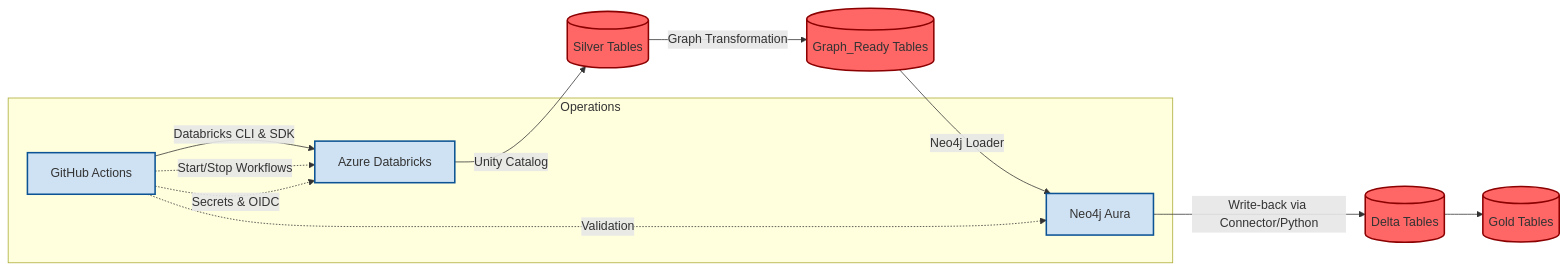
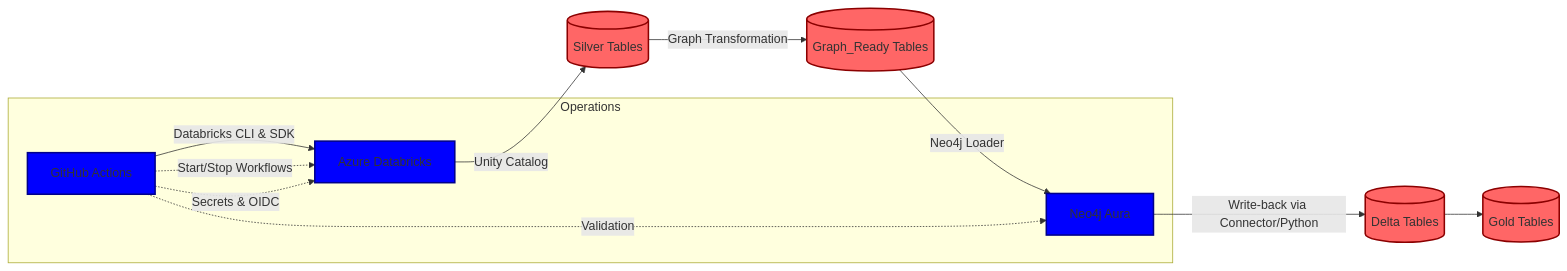
One commit to joy-neo4j/neo4j-databricks-azure-pipeline changed the diagram in README.md. Above: the diagram before and after it, drawn with Mermaid.

````diff
--- a/README.md
+++ b/README.md
@@ -45,21 +45,21 @@
 ```mermaid
 flowchart LR
   GH[GitHub Actions] -->|Databricks CLI & SDK| DBX[Azure Databricks]
   DBX -->|Unity Catalog| Silver[(Silver Tables)]
   Silver -->|Graph Transformation| GR[(Graph_Ready Tables)]
   GR -->|Neo4j Loader| NEO4J[Neo4j Aura]
   NEO4J -->|Write-back via Connector/Python| Delta[(Delta Tables)]
   Delta --> Gold[(Gold Tables)]
 
   subgraph Operations
     GH -.->|Start/Stop Workflows| DBX
     GH -.->|Secrets & OIDC| DBX
     GH -.->|Validation| NEO4J
   end
 
   classDef store fill:#ff6666,stroke:#8b0000,stroke-width:2px;
   class Silver,Delta,GR,Gold store
 
-  classDef compute fill:#cfe2f3,stroke:#0b5394,stroke-width:2px;
+  classDef compute fill:#0000ff,stroke:#00008b,stroke-width:2px;
   class GH,DBX,NEO4J compute
 ```
````
